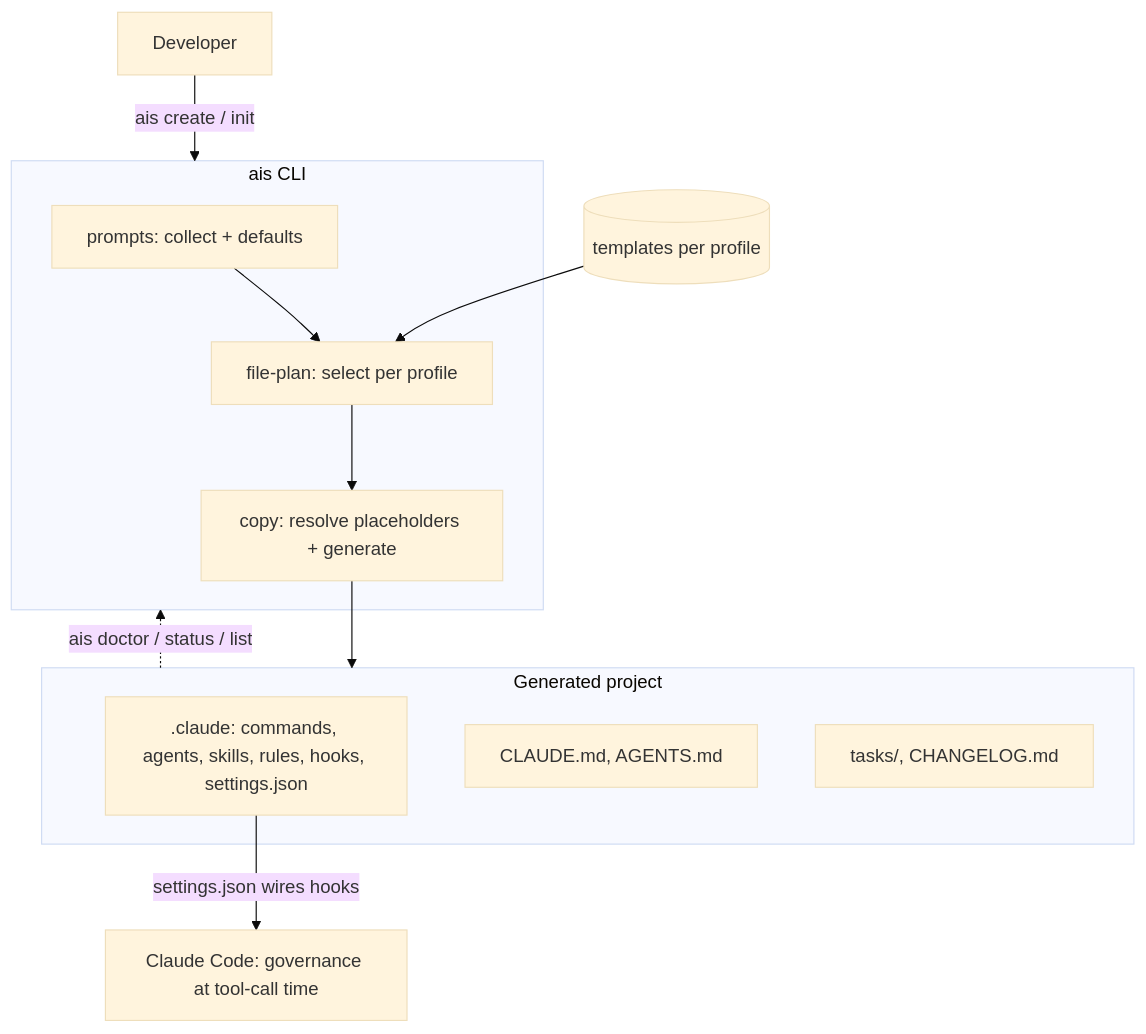
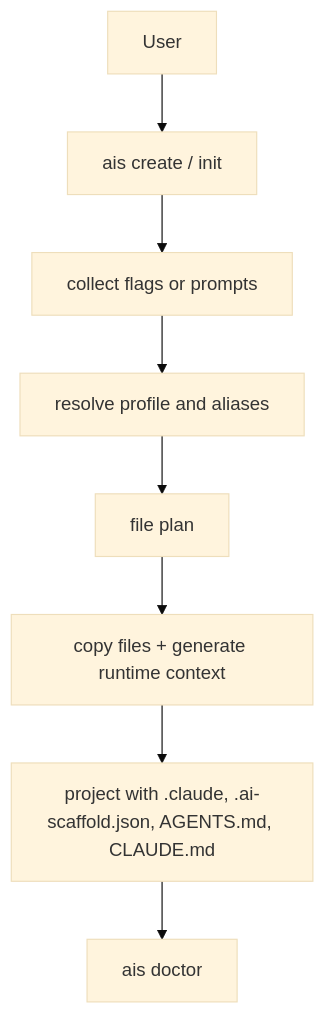
Before and after one commit to lajin-mohan/ai-scaffold: the second of 2 diagrams in README.md, drawn with Mermaid (base theme). The commit also changed other lines of this file and 5 other files, not shown here.

````diff
--- a/README.md
+++ b/README.md
@@ -159,16 +239,10 @@
 ```mermaid
 flowchart TD
-  Dev[Developer] -->|ais create / init| CLI
-  subgraph CLI[ais CLI]
-    PR[prompts: collect + defaults] --> FP[file-plan: select per profile] --> CO[copy: resolve placeholders + generate]
-  end
-  TPL[(templates per profile)] --> FP
-  CO --> GP
-  subgraph GP[Generated project]
-    CLA[.claude: commands, agents, skills, rules, hooks, settings.json]
-    DOC[CLAUDE.md, AGENTS.md]
-    SKEL[tasks/, CHANGELOG.md]
-  end
-  GP -.->|ais doctor / status / list| CLI
-  CLA -->|settings.json wires hooks| CC[Claude Code: governance at tool-call time]
+  User[User] --> CLI[ais create / init]
+  CLI --> Prompt[collect flags or prompts]
+  Prompt --> Profile[resolve profile and aliases]
+  Profile --> Plan[file plan]
+  Plan --> Copy[copy files + generate runtime context]
+  Copy --> Project[project with .claude, .ai-scaffold.json, AGENTS.md, CLAUDE.md]
+  Project --> Doctor[ais doctor]
 ```
````
